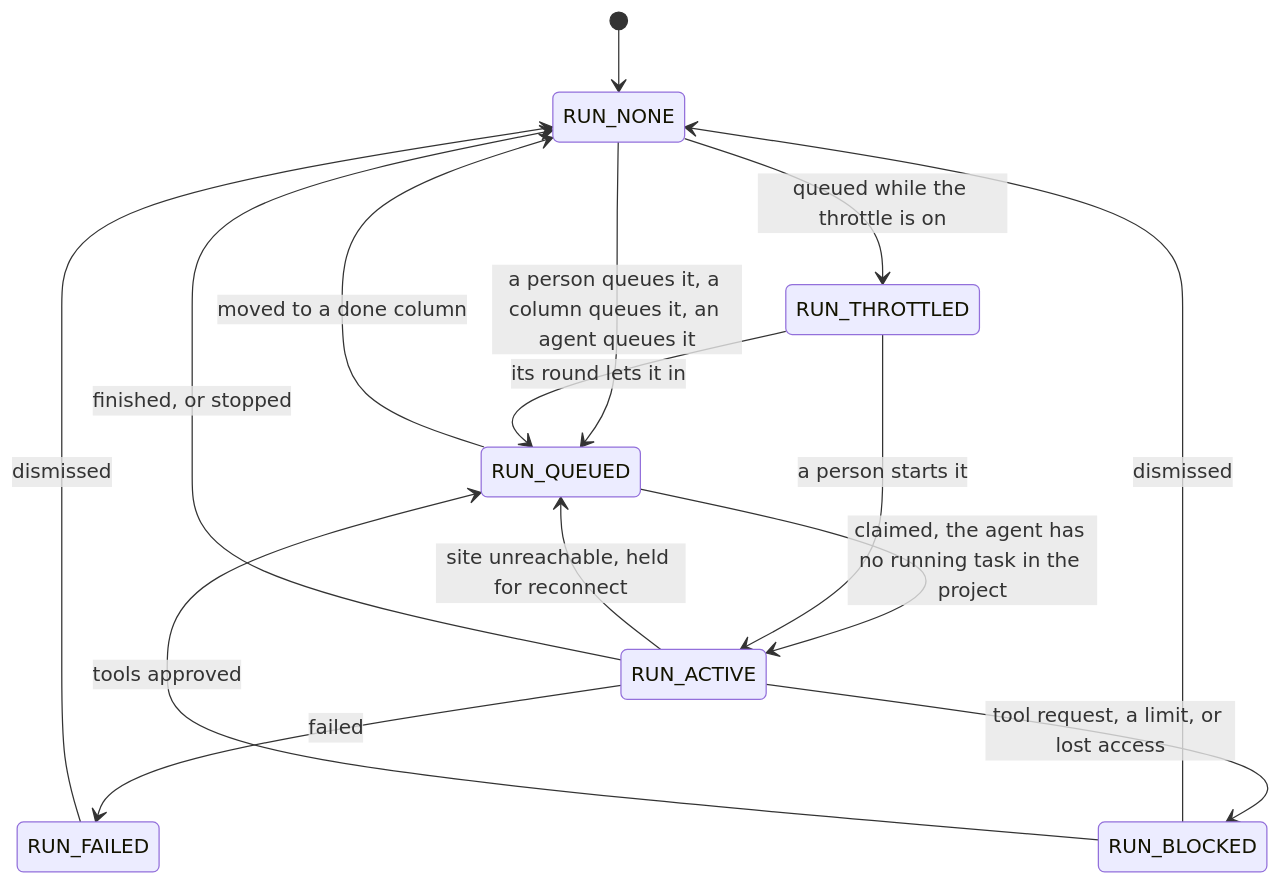
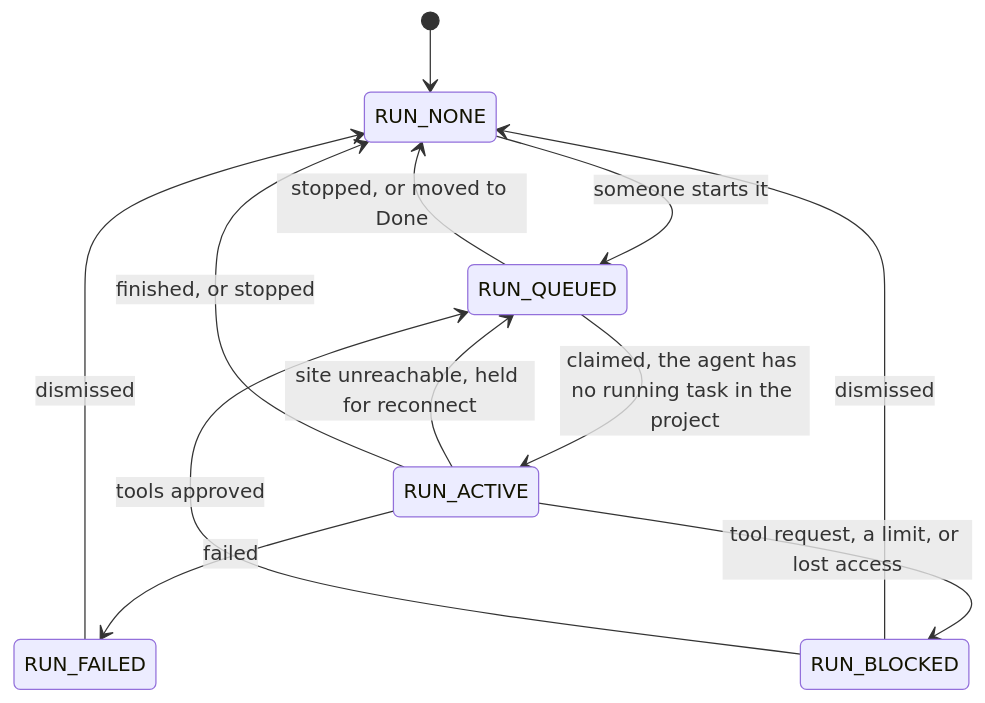
The first of 3 diagrams in docs/concepts/agents/task-execution-concurrency.md (solution84-com/agenthix), drawn with Mermaid before and after one commit. The commit also changed other lines of this file and 60 other files, not shown here.

````diff
--- a/docs/concepts/agents/task-execution-concurrency.md
+++ b/docs/concepts/agents/task-execution-concurrency.md
@@ -36,17 +37,14 @@
 ```mermaid
 stateDiagram-v2
     [*] --> RUN_NONE
-    RUN_NONE --> RUN_QUEUED: a person queues it, a column queues it, an agent queues it
-    RUN_NONE --> RUN_THROTTLED: queued while the throttle is on
-    RUN_THROTTLED --> RUN_QUEUED: its round lets it in
+    RUN_NONE --> RUN_QUEUED: someone starts it
     RUN_QUEUED --> RUN_ACTIVE: claimed, the agent has no running task in the project
-    RUN_THROTTLED --> RUN_ACTIVE: a person starts it
     RUN_ACTIVE --> RUN_QUEUED: site unreachable, held for reconnect
     RUN_ACTIVE --> RUN_NONE: finished, or stopped
     RUN_ACTIVE --> RUN_FAILED: failed
     RUN_ACTIVE --> RUN_BLOCKED: tool request, a limit, or lost access
     RUN_FAILED --> RUN_NONE: dismissed
     RUN_BLOCKED --> RUN_NONE: dismissed
     RUN_BLOCKED --> RUN_QUEUED: tools approved
-    RUN_QUEUED --> RUN_NONE: moved to a done column
+    RUN_QUEUED --> RUN_NONE: stopped, or moved to Done
 ```
````
